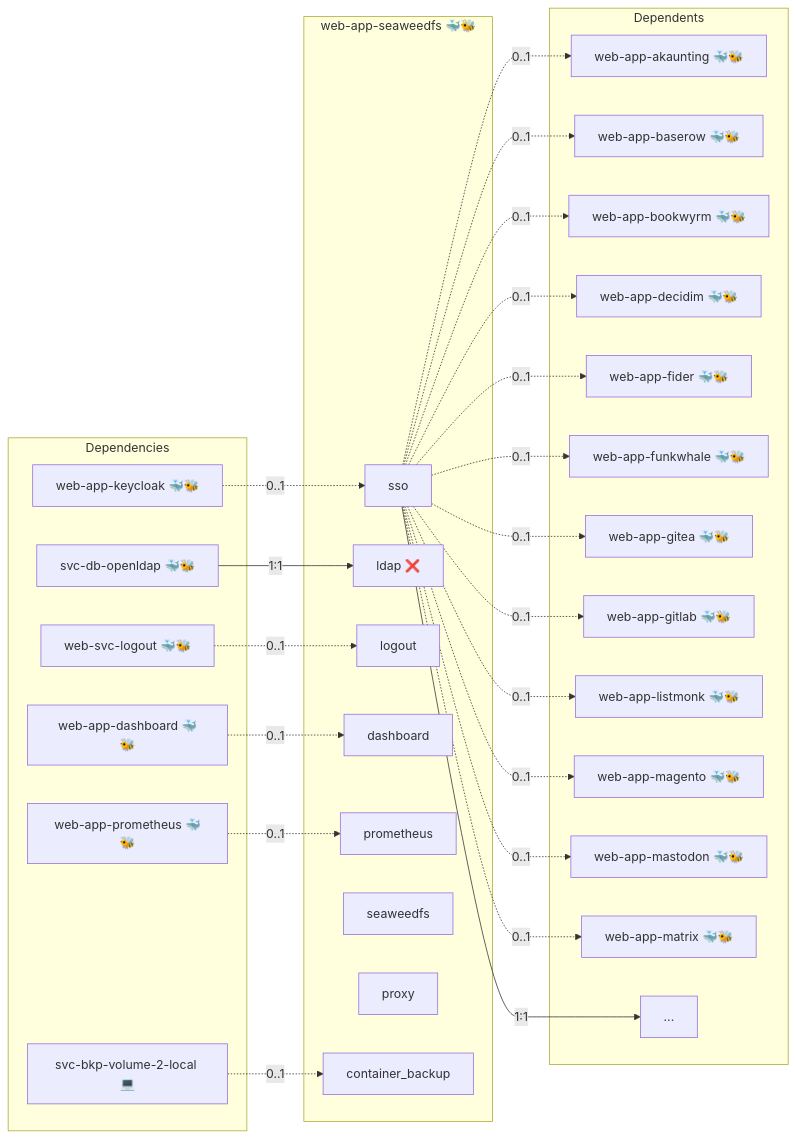
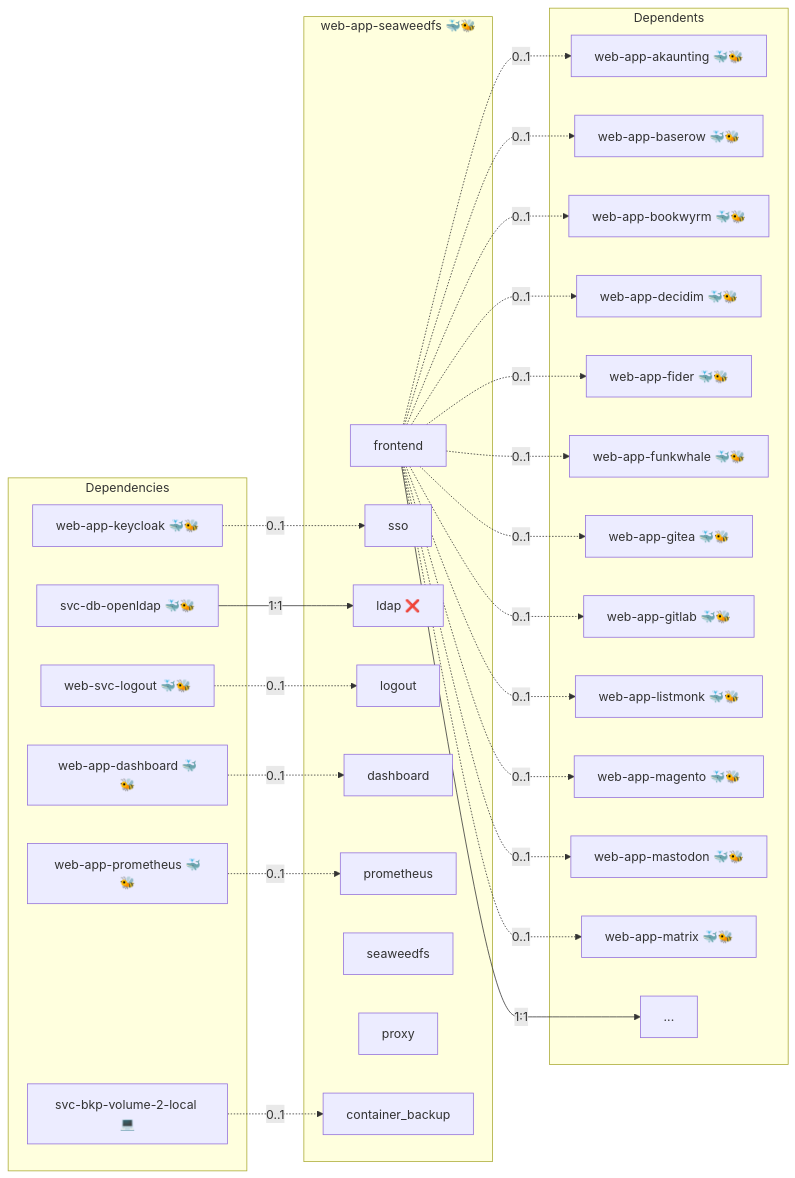
Before and after one commit to infinito-nexus/core: the diagram in roles/web-app-seaweedfs/README.md, drawn with Mermaid. The commit also changed 101 other files, not shown here.

````diff
--- a/roles/web-app-seaweedfs/README.md
+++ b/roles/web-app-seaweedfs/README.md
@@ -29,55 +29,56 @@
 ```mermaid
 flowchart LR
     subgraph deps [Dependencies]
         dep_svc_bkp_volume_2_local["svc-bkp-volume-2-local 💻"]
         dep_svc_db_openldap["svc-db-openldap 🐳🐝"]
         dep_web_app_dashboard["web-app-dashboard 🐳🐝"]
         dep_web_app_keycloak["web-app-keycloak 🐳🐝"]
         dep_web_app_prometheus["web-app-prometheus 🐳🐝"]
         dep_web_svc_logout["web-svc-logout 🐳🐝"]
     end
     subgraph role [web-app-seaweedfs 🐳🐝]
+        svc_frontend["frontend"]
         svc_sso["sso"]
         svc_ldap["ldap ❌"]
         svc_logout["logout"]
         svc_dashboard["dashboard"]
         svc_prometheus["prometheus"]
         svc_seaweedfs["seaweedfs"]
         svc_proxy["proxy"]
         svc_container_backup["container_backup"]
     end
     subgraph dependents [Dependents]
         dpt_web_app_akaunting["web-app-akaunting 🐳🐝"]
         dpt_web_app_baserow["web-app-baserow 🐳🐝"]
         dpt_web_app_bookwyrm["web-app-bookwyrm 🐳🐝"]
         dpt_web_app_decidim["web-app-decidim 🐳🐝"]
         dpt_web_app_fider["web-app-fider 🐳🐝"]
         dpt_web_app_funkwhale["web-app-funkwhale 🐳🐝"]
         dpt_web_app_gitea["web-app-gitea 🐳🐝"]
         dpt_web_app_gitlab["web-app-gitlab 🐳🐝"]
         dpt_web_app_listmonk["web-app-listmonk 🐳🐝"]
         dpt_web_app_magento["web-app-magento 🐳🐝"]
         dpt_web_app_mastodon["web-app-mastodon 🐳🐝"]
         dpt_web_app_matrix["web-app-matrix 🐳🐝"]
         dpt_more["..."]
     end
     dep_svc_bkp_volume_2_local -. "0..1" .-> svc_container_backup
     dep_svc_db_openldap -- "1:1" --> svc_ldap
     dep_web_app_dashboard -. "0..1" .-> svc_dashboard
     dep_web_app_keycloak -. "0..1" .-> svc_sso
     dep_web_app_prometheus -. "0..1" .-> svc_prometheus
     dep_web_svc_logout -. "0..1" .-> svc_logout
-    svc_sso -- "1:1" --> dpt_more
-    svc_sso -. "0..1" .-> dpt_web_app_akaunting
-    svc_sso -. "0..1" .-> dpt_web_app_baserow
-    svc_sso -. "0..1" .-> dpt_web_app_bookwyrm
-    svc_sso -. "0..1" .-> dpt_web_app_decidim
-    svc_sso -. "0..1" .-> dpt_web_app_fider
-    svc_sso -. "0..1" .-> dpt_web_app_funkwhale
-    svc_sso -. "0..1" .-> dpt_web_app_gitea
-    svc_sso -. "0..1" .-> dpt_web_app_gitlab
-    svc_sso -. "0..1" .-> dpt_web_app_listmonk
-    svc_sso -. "0..1" .-> dpt_web_app_magento
-    svc_sso -. "0..1" .-> dpt_web_app_mastodon
-    svc_sso -. "0..1" .-> dpt_web_app_matrix
+    svc_frontend -- "1:1" --> dpt_more
+    svc_frontend -. "0..1" .-> dpt_web_app_akaunting
+    svc_frontend -. "0..1" .-> dpt_web_app_baserow
+    svc_frontend -. "0..1" .-> dpt_web_app_bookwyrm
+    svc_frontend -. "0..1" .-> dpt_web_app_decidim
+    svc_frontend -. "0..1" .-> dpt_web_app_fider
+    svc_frontend -. "0..1" .-> dpt_web_app_funkwhale
+    svc_frontend -. "0..1" .-> dpt_web_app_gitea
+    svc_frontend -. "0..1" .-> dpt_web_app_gitlab
+    svc_frontend -. "0..1" .-> dpt_web_app_listmonk
+    svc_frontend -. "0..1" .-> dpt_web_app_magento
+    svc_frontend -. "0..1" .-> dpt_web_app_mastodon
+    svc_frontend -. "0..1" .-> dpt_web_app_matrix
 ```
````
